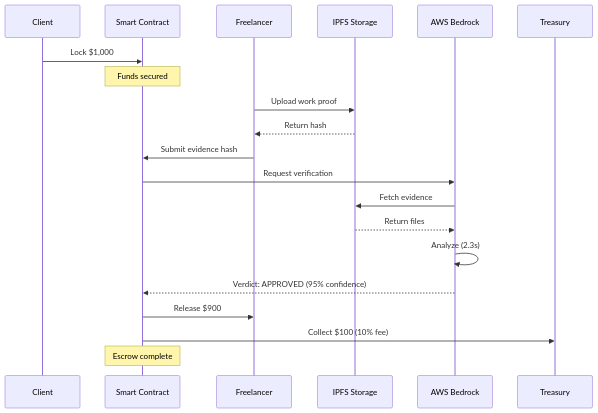
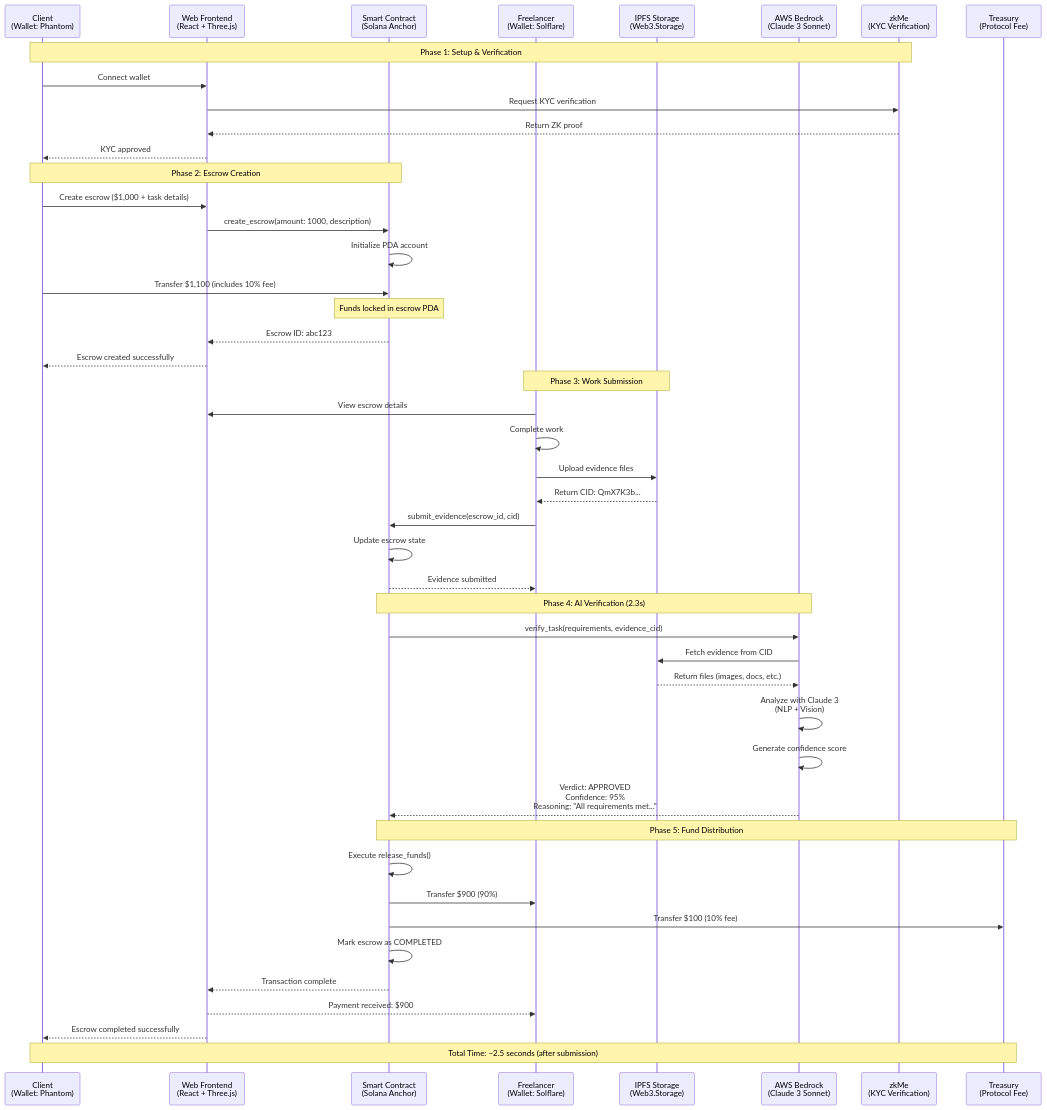
The diagram in how-it-works.mdx (De-real-iManuel/aetherlock-docs), drawn with Mermaid before and after one commit. The commit also changed other lines of this file and 83 other files, not shown here.

````diff
--- a/how-it-works.mdx
+++ b/how-it-works.mdx
@@ -35,23 +35,54 @@
 ```mermaid
 sequenceDiagram
-    participant C as Client
-    participant SC as Smart Contract
-    participant F as Freelancer
-    participant IPFS as IPFS Storage
-    participant AI as AWS Bedrock
-    participant T as Treasury
+    participant C as Client<br/>(Wallet: Phantom)
+    participant W as Web Frontend<br/>(React + Three.js)
+    participant SC as Smart Contract<br/>(Solana Anchor)
+    participant F as Freelancer<br/>(Wallet: Solflare)
+    participant IPFS as IPFS Storage<br/>(Web3.Storage)
+    participant AI as AWS Bedrock<br/>(Claude 3 Sonnet)
+    participant ZK as zkMe<br/>(KYC Verification)
+    participant T as Treasury<br/>(Protocol Fee)
     
-    C->>SC: Lock $1,000
-    Note over SC: Funds secured
-    F->>IPFS: Upload work proof
-    IPFS-->>F: Return hash
-    F->>SC: Submit evidence hash
-    SC->>AI: Request verification
-    AI->>IPFS: Fetch evidence
-    IPFS-->>AI: Return files
-    AI->>AI: Analyze (2.3s)
-    AI-->>SC: Verdict: APPROVED (95% confidence)
-    SC->>F: Release $900
-    SC->>T: Collect $100 (10% fee)
-    Note over SC: Escrow complete
+    Note over C,ZK: Phase 1: Setup & Verification
+    C->>W: Connect wallet
+    W->>ZK: Request KYC verification
+    ZK-->>W: Return ZK proof
+    W-->>C: KYC approved
+    
+    Note over C,SC: Phase 2: Escrow Creation
+    C->>W: Create escrow ($1,000 + task details)
+    W->>SC: create_escrow(amount: 1000, description)
+    SC->>SC: Initialize PDA account
+    C->>SC: Transfer $1,100 (includes 10% fee)
+    Note over SC: Funds locked in escrow PDA
+    SC-->>W: Escrow ID: abc123
+    W-->>C: Escrow created successfully
+    
+    Note over F,IPFS: Phase 3: Work Submission
+    F->>W: View escrow details
+    F->>F: Complete work
+    F->>IPFS: Upload evidence files
+    IPFS-->>F: Return CID: QmX7K3b...
+    F->>SC: submit_evidence(escrow_id, cid)
+    SC->>SC: Update escrow state
+    SC-->>F: Evidence submitted
+    
+    Note over SC,AI: Phase 4: AI Verification (2.3s)
+    SC->>AI: verify_task(requirements, evidence_cid)
+    AI->>IPFS: Fetch evidence from CID
+    IPFS-->>AI: Return files (images, docs, etc.)
+    AI->>AI: Analyze with Claude 3<br/>(NLP + Vision)
+    AI->>AI: Generate confidence score
+    AI-->>SC: Verdict: APPROVED<br/>Confidence: 95%<br/>Reasoning: "All requirements met..."
+    
+    Note over SC,T: Phase 5: Fund Distribution
+    SC->>SC: Execute release_funds()
+    SC->>F: Transfer $900 (90%)
+    SC->>T: Transfer $100 (10% fee)
+    SC->>SC: Mark escrow as COMPLETED
+    SC-->>W: Transaction complete
+    W-->>F: Payment received: $900
+    W-->>C: Escrow completed successfully
+    
+    Note over C,T: Total Time: ~2.5 seconds (after submission)
 ```
````
